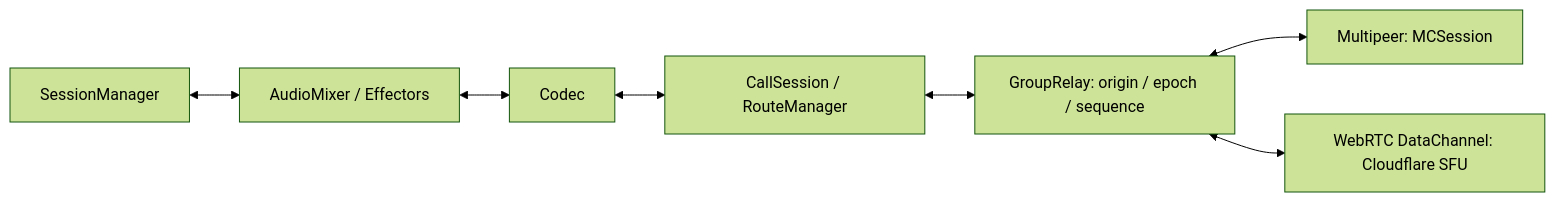
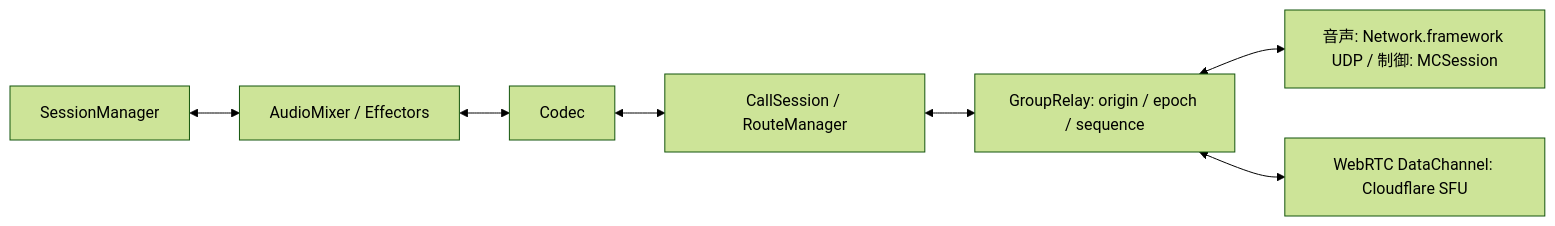
The first of 2 diagrams in docs/spec/packages/RTC.md (eroccowaruico/RideIntercom), drawn with Mermaid (forest theme) before and after one commit. The commit also changed other lines of this file and 21 other files, not shown here.

````diff
--- a/docs/spec/packages/RTC.md
+++ b/docs/spec/packages/RTC.md
@@ -16,9 +16,9 @@
 ```mermaid
 flowchart LR
     IO[SessionManager] <--> Mix[AudioMixer / Effectors]
     Mix <--> Codec
     Codec <--> Session[CallSession / RouteManager]
     Session <--> Relay[GroupRelay: origin / epoch / sequence]
-    Relay <--> Local[Multipeer: MCSession]
+    Relay <--> Local[音声: Network.framework UDP / 制御: MCSession]
     Relay <--> Internet[WebRTC DataChannel: Cloudflare SFU]
 ```
````
